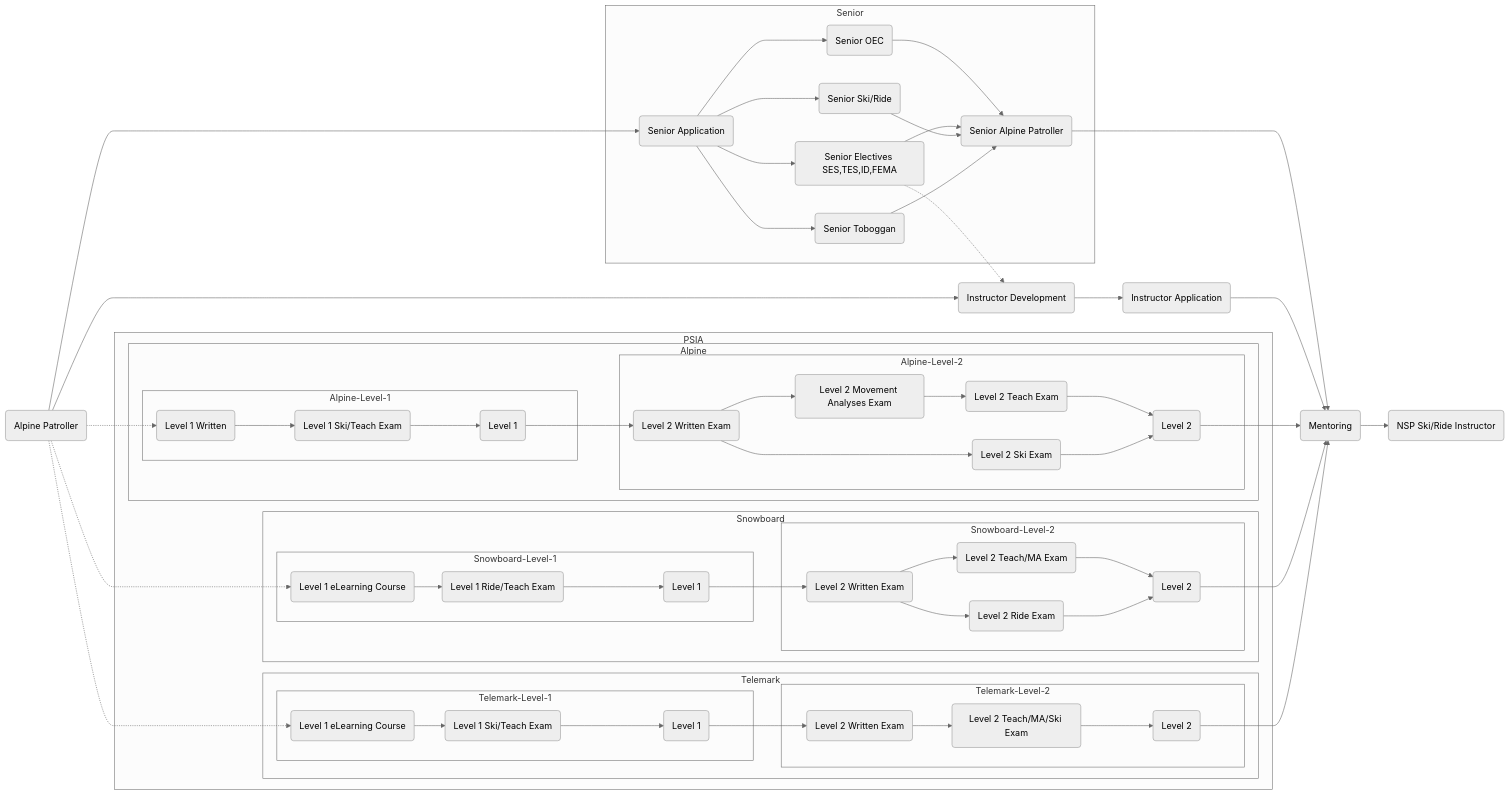
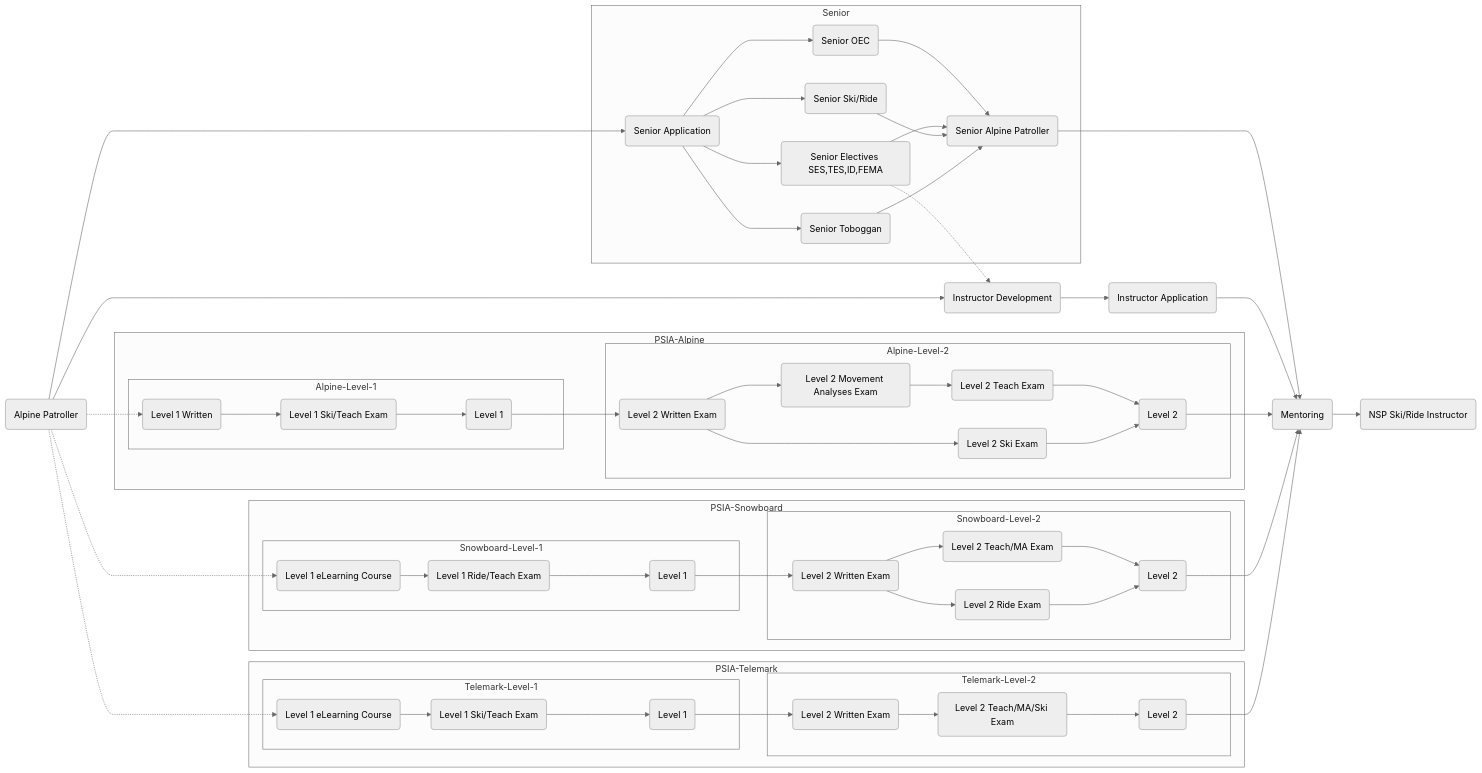
One commit to brookpatten/nsp-ohio-instructor-path changed the diagram in README.md. Above: the diagram before and after it, drawn with Mermaid (neutral theme).

````diff
--- a/README.md
+++ b/README.md
@@ -1,71 +1,69 @@
 ```mermaid
   flowchart LR;
       AP(Alpine Patroller) --> SPA(Senior Application);
       subgraph Senior
       SPA --> SOEC(Senior OEC);
       SPA --> SE(Senior Electives SES,TES,ID,FEMA);
       SPA --> SR(Senior Ski/Ride);
       SPA --> ST(Senior Toboggan);
       SOEC --> SP(Senior Alpine Patroller);
       SE --> SP;
       SR --> SP;
       ST --> SP;
       end
       SE -.-> ID;
       SP --> M;
       AP --> ID(Instructor Development);
       ID --> IA(Instructor Application);
       IA --> M(Mentoring);
       M --> SRI(NSP Ski/Ride Instructor);
-      subgraph PSIA
       
-      subgraph Alpine
+      subgraph PSIA-Alpine
       subgraph Alpine-Level-1
       L1W(Level 1 Written) --> L1E(Level 1 Ski/Teach Exam);
       L1E --> L1C(Level 1);
       end
       L1C --> L2W;
       subgraph Alpine-Level-2
       L2W(Level 2 Written Exam) --> L2MA(Level 2 Movement Analyses Exam);
       L2MA --> L2T(Level 2 Teach Exam);
       L2W --> L2S(Level 2 Ski Exam);
       L2T --> L2C(Level 2);
       L2S --> L2C;
       end
       end
       
-      subgraph Snowboard
+      subgraph PSIA-Snowboard
       subgraph Snowboard-Level-1
       BL1W(Level 1 eLearning Course) --> BL1E(Level 1 Ride/Teach Exam);
       BL1E --> BL1C(Level 1);
       end
       BL1C --> BL2W;
       subgraph Snowboard-Level-2
       BL2W(Level 2 Written Exam) --> BL2T(Level 2 Teach/MA Exam);
       BL2W --> BL2S(Level 2 Ride Exam);
       BL2T --> BL2C(Level 2);
       BL2S --> BL2C;
       end
       end
 
-      subgraph Telemark
+      subgraph PSIA-Telemark
       subgraph Telemark-Level-1
       TL1W(Level 1 eLearning Course) --> TL1E(Level 1 Ski/Teach Exam);
       TL1E --> TL1C(Level 1);
       end
       TL1C --> TL2W;
       subgraph Telemark-Level-2
       TL2W(Level 2 Written Exam) --> TL2T(Level 2 Teach/MA/Ski Exam);
       TL2T --> TL2C(Level 2);
       end
       end
       
-      end
       
       L2C --> M;
       BL2C --> M;
       TL2C --> M;
       AP -.-> L1W;
       AP -.-> BL1W;
       AP -.-> TL1W;
 ```
````
